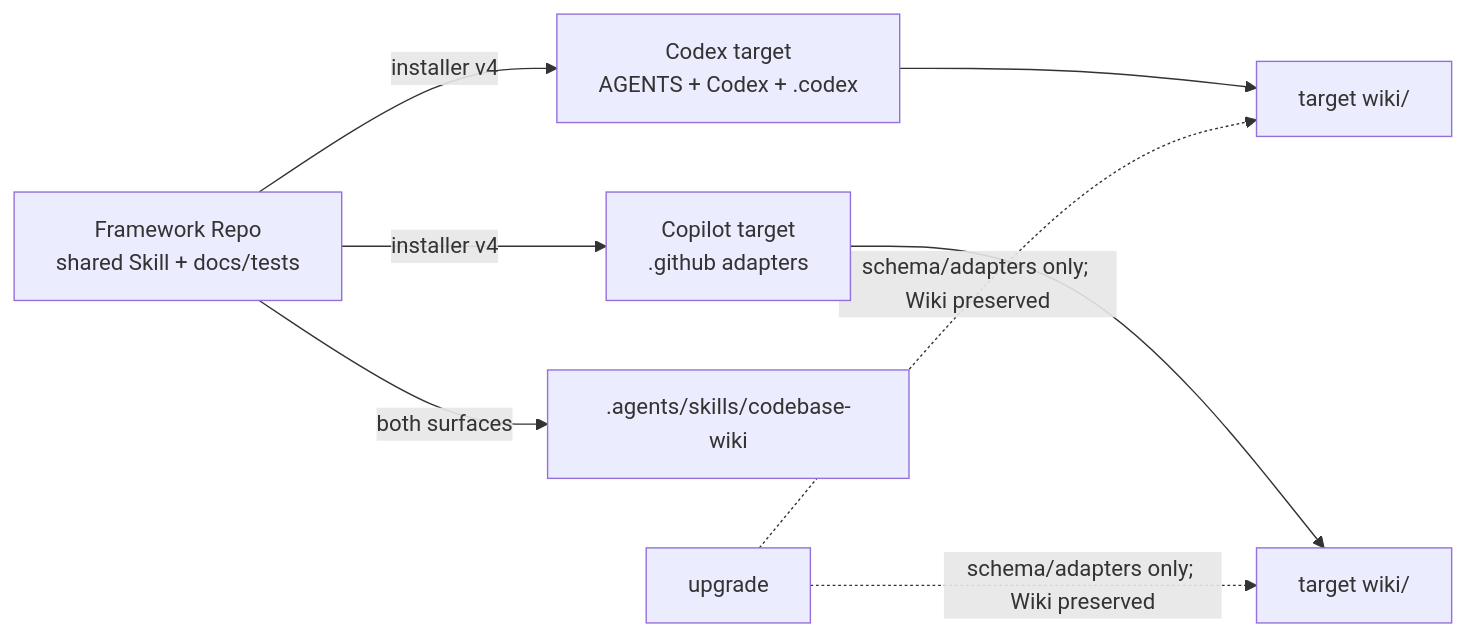
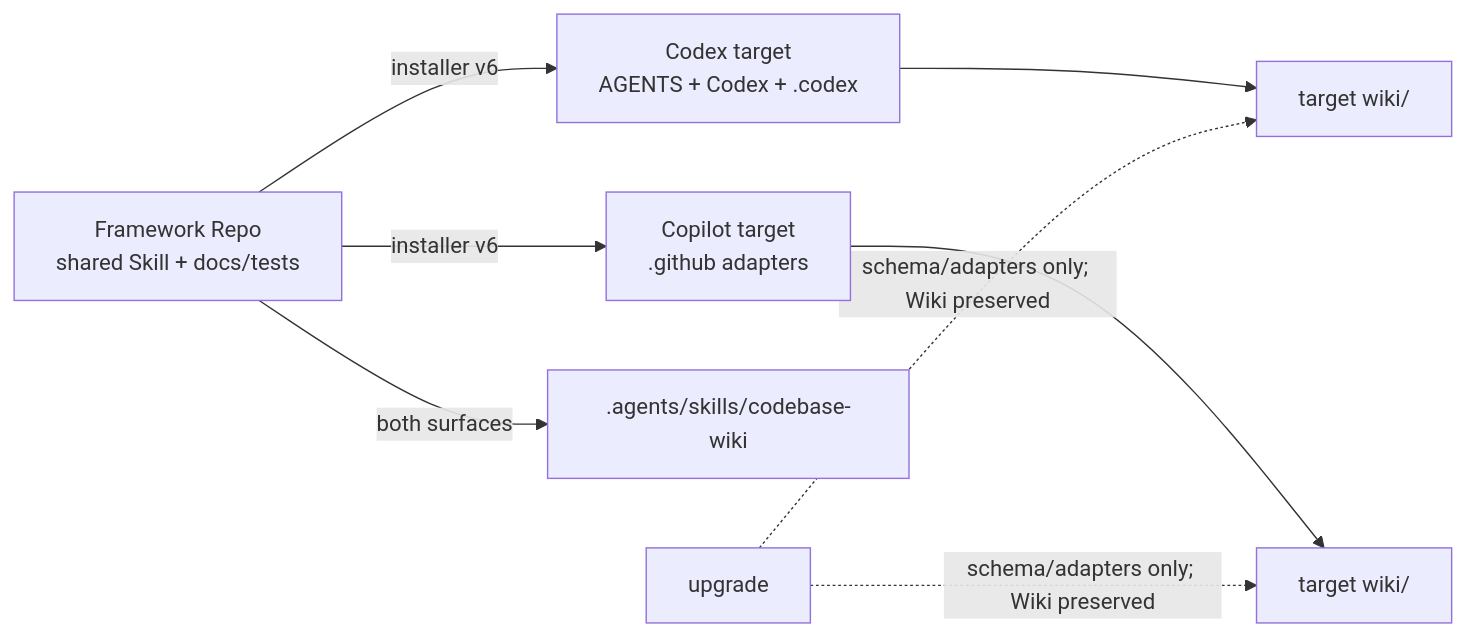
The fourth of 5 diagrams in wiki/synthesis/system-design.md (dennis8499/code-base-llm-wiki), drawn with Mermaid before and after one commit. The commit also changed other lines of this file and 85 other files, not shown here.

````diff
--- a/wiki/synthesis/system-design.md
+++ b/wiki/synthesis/system-design.md
@@ -216,10 +216,10 @@
 ```mermaid
 flowchart LR
-    Framework[Framework Repo\nshared Skill + docs/tests] -->|installer v4| Codex[Codex target\nAGENTS + Codex + .codex]
-    Framework -->|installer v4| Copilot[Copilot target\n.github adapters]
+    Framework[Framework Repo\nshared Skill + docs/tests] -->|installer v6| Codex[Codex target\nAGENTS + Codex + .codex]
+    Framework -->|installer v6| Copilot[Copilot target\n.github adapters]
     Framework -->|both surfaces| Shared[.agents/skills/codebase-wiki]
     Codex --> WikiA[target wiki/]
     Copilot --> WikiB[target wiki/]
     Upgrade[upgrade] -.->|schema/adapters only; Wiki preserved| WikiA
     Upgrade -.->|schema/adapters only; Wiki preserved| WikiB
 ```
````
